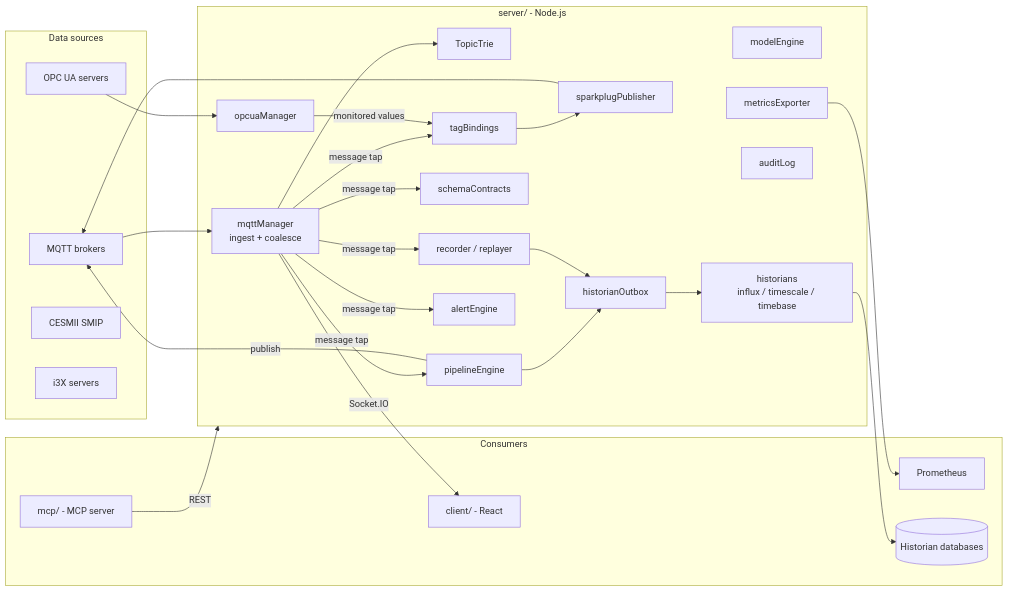
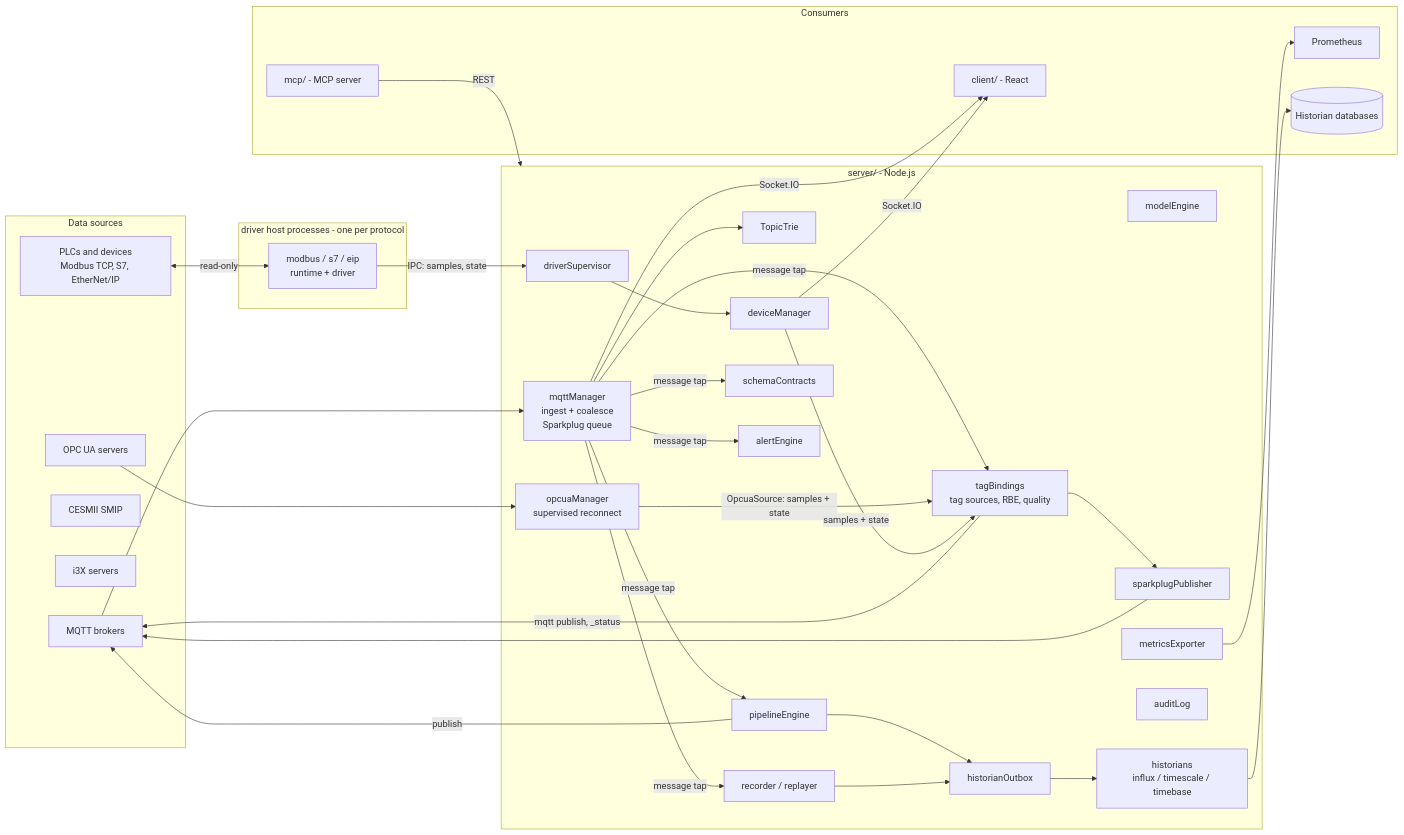
Before and after one commit to zbest1000/manifold: the first of 9 diagrams in ARCHITECTURE.md, drawn with Mermaid. The commit also changed other lines of this file and 21 other files, not shown here.

First line of the commit message:
docs: device drivers, bindings v2, security and outbox changes; demo device simulators

````diff
--- a/ARCHITECTURE.md
+++ b/ARCHITECTURE.md
@@ -9,47 +9,59 @@
 ```mermaid
 flowchart LR
     subgraph sources [Data sources]
         B[MQTT brokers]
         O[OPC UA servers]
         C[CESMII SMIP]
         I[i3X servers]
+        PLC[PLCs and devices<br/>Modbus TCP, S7, EtherNet/IP]
+    end
+
+    subgraph hosts [driver host processes - one per protocol]
+        DH[modbus / s7 / eip<br/>runtime + driver]
     end
 
     subgraph server [server/ - Node.js]
-        M[mqttManager<br/>ingest + coalesce]
-        OM[opcuaManager]
+        M[mqttManager<br/>ingest + coalesce<br/>Sparkplug queue]
+        OM[opcuaManager<br/>supervised reconnect]
+        SUP[driverSupervisor]
+        DM[deviceManager]
         T[TopicTrie]
         P[pipelineEngine]
         MD[modelEngine]
         R[recorder / replayer]
         SC[schemaContracts]
-        TB[tagBindings]
+        TB[tagBindings<br/>tag sources, RBE, quality]
         SP[sparkplugPublisher]
         OB[historianOutbox]
         H[historians<br/>influx / timescale / timebase]
         AL[alertEngine]
         AU[auditLog]
         MX[metricsExporter]
     end
 
     subgraph clients [Consumers]
         UI[client/ - React]
         MCP[mcp/ - MCP server]
         PROM[Prometheus]
         HIST[(Historian databases)]
     end
 
     B --> M
     O --> OM
+    PLC <-- read-only --> DH
+    DH -- IPC: samples, state --> SUP --> DM
     M --> T
     M -- message tap --> P & R & SC & TB & AL
-    OM -- monitored values --> TB
+    OM -- OpcuaSource: samples + state --> TB
+    DM -- samples + state --> TB
     P --> OB
     R --> OB
     OB --> H --> HIST
     TB --> SP --> B
+    TB -- mqtt publish, _status --> B
     P -- publish --> B
     M -- Socket.IO --> UI
+    DM -- Socket.IO --> UI
     MCP -- REST --> server
     MX --> PROM
 ```
````
